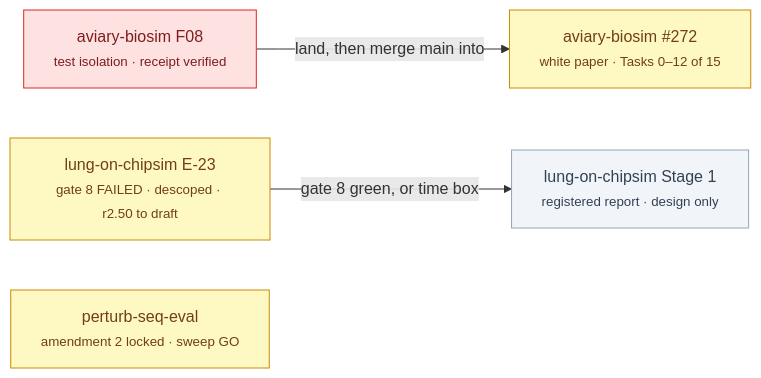
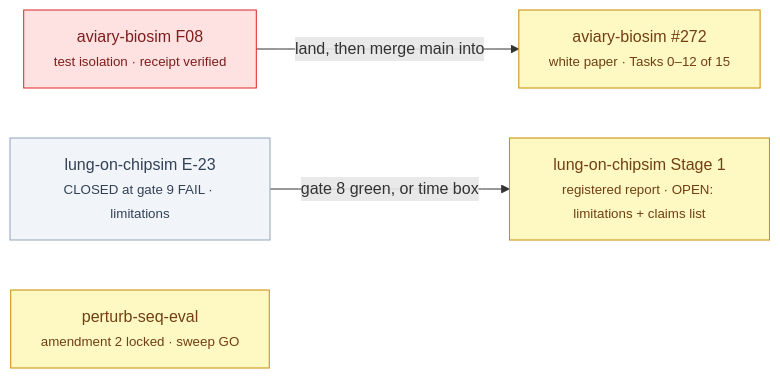
One commit to supmo668/bioFM changed the diagram in docs/hacp/build.md. Above: the diagram before and after it, drawn with Mermaid. The commit also changed other lines of this file and 4 other files, not shown here.

First line of the commit message:
main/cto: coord(lung-on-chipsim): gate 9 FAIL accepted — E-23 closed at scope reached (log row 58); headline qualified; Stage 1 opens; HACP build/eval/index updated

````diff
--- a/docs/hacp/build.md
+++ b/docs/hacp/build.md
@@ -11,13 +11,13 @@
 ```mermaid
 flowchart LR
   classDef done fill:#f1f5f9,stroke:#94a3b8,color:#334155
   classDef live fill:#fef9c3,stroke:#ca8a04,color:#713f12
   classDef wait fill:#fee2e2,stroke:#dc2626,color:#7f1d1d
   A1["aviary-biosim F08<br/><small>test isolation · receipt verified</small>"]:::wait
   A2["aviary-biosim #272<br/><small>white paper · Tasks 0–12 of 15</small>"]:::live
-  L1["lung-on-chipsim E-23<br/><small>gate 8 FAILED · descoped · r2.50 to draft</small>"]:::live
-  L2["lung-on-chipsim Stage 1<br/><small>registered report · design only</small>"]:::done
+  L1["lung-on-chipsim E-23<br/><small>CLOSED at gate 9 FAIL · limitations</small>"]:::done
+  L2["lung-on-chipsim Stage 1<br/><small>registered report · OPEN: limitations + claims list</small>"]:::live
   Q1["perturb-seq-eval<br/><small>amendment 2 locked · sweep GO</small>"]:::live
   A1 -->|"land, then merge main into"| A2
   L1 -->|"gate 8 green, or time box"| L2
 ```
````
